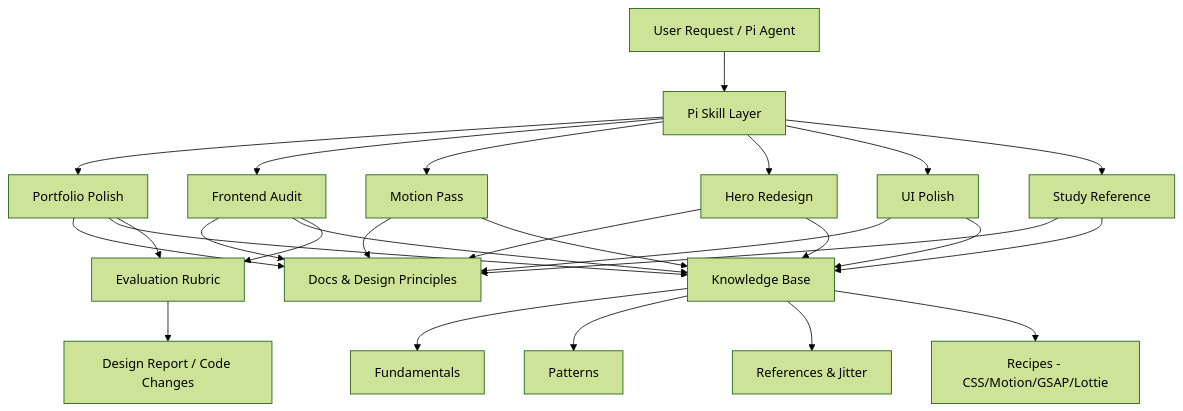
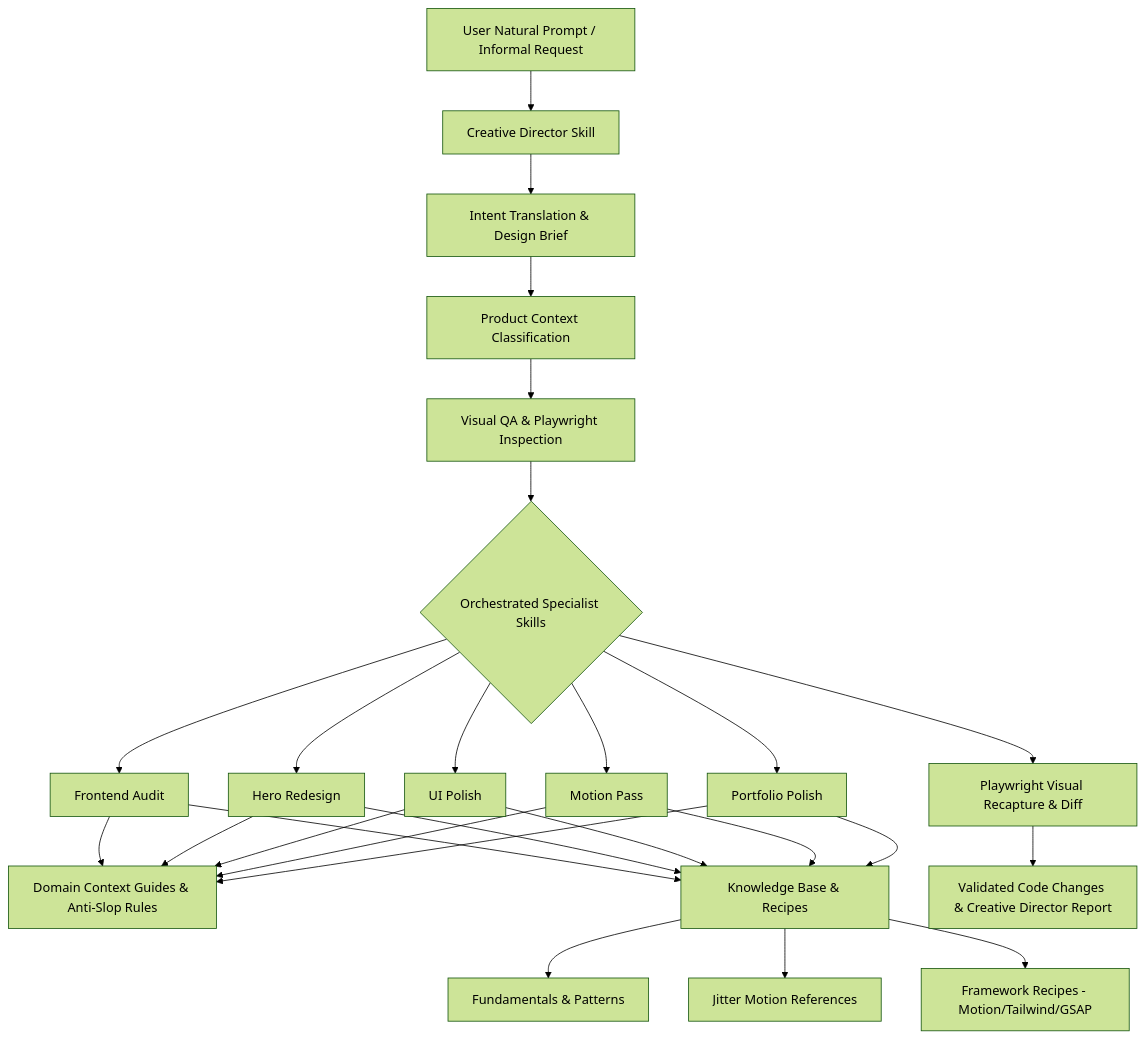
Before and after one commit to kerwinarlan/frontend-design-intelligence: the diagram in docs/ARCHITECTURE.md, drawn with Mermaid (forest theme). The commit also changed other lines of this file and 26 other files, not shown here.

Commit message:
feat: add creative director orchestration skill

````diff
--- a/docs/ARCHITECTURE.md
+++ b/docs/ARCHITECTURE.md
@@ -6,21 +6,25 @@
 ```mermaid
 graph TD
-    A[User Request / Pi Agent] --> B[Pi Skill Layer]
-    B --> C[Portfolio Polish]
-    B --> D[Frontend Audit]
-    B --> E[Motion Pass]
-    B --> F[Hero Redesign]
-    B --> G[UI Polish]
-    B --> H[Study Reference]
+    A[User Natural Prompt / Informal Request] --> B[Creative Director Skill]
+    
+    B --> C[Intent Translation & Design Brief]
+    C --> D[Product Context Classification]
+    D --> E[Visual QA & Playwright Inspection]
+    
+    E --> F{Orchestrated Specialist Skills}
+    F --> G[Frontend Audit]
+    F --> H[Hero Redesign]
+    F --> I[UI Polish]
+    F --> J[Motion Pass]
+    F --> K[Portfolio Polish]
 
-    C & D & E & F & G & H --> I[Docs & Design Principles]
-    C & D & E & F & G & H --> J[Knowledge Base]
+    G & H & I & J & K --> L[Domain Context Guides & Anti-Slop Rules]
+    G & H & I & J & K --> M[Knowledge Base & Recipes]
 
-    J --> K[Fundamentals]
-    J --> L[Patterns]
-    J --> M[References & Jitter]
-    J --> N[Recipes - CSS/Motion/GSAP/Lottie]
+    M --> N[Fundamentals & Patterns]
+    M --> O[Jitter Motion References]
+    M --> P[Framework Recipes - Motion/Tailwind/GSAP]
 
-    C & D --> O[Evaluation Rubric]
-    O --> P[Design Report / Code Changes]
+    F --> Q[Playwright Visual Recapture & Diff]
+    Q --> R[Validated Code Changes & Creative Director Report]
 ```
````
